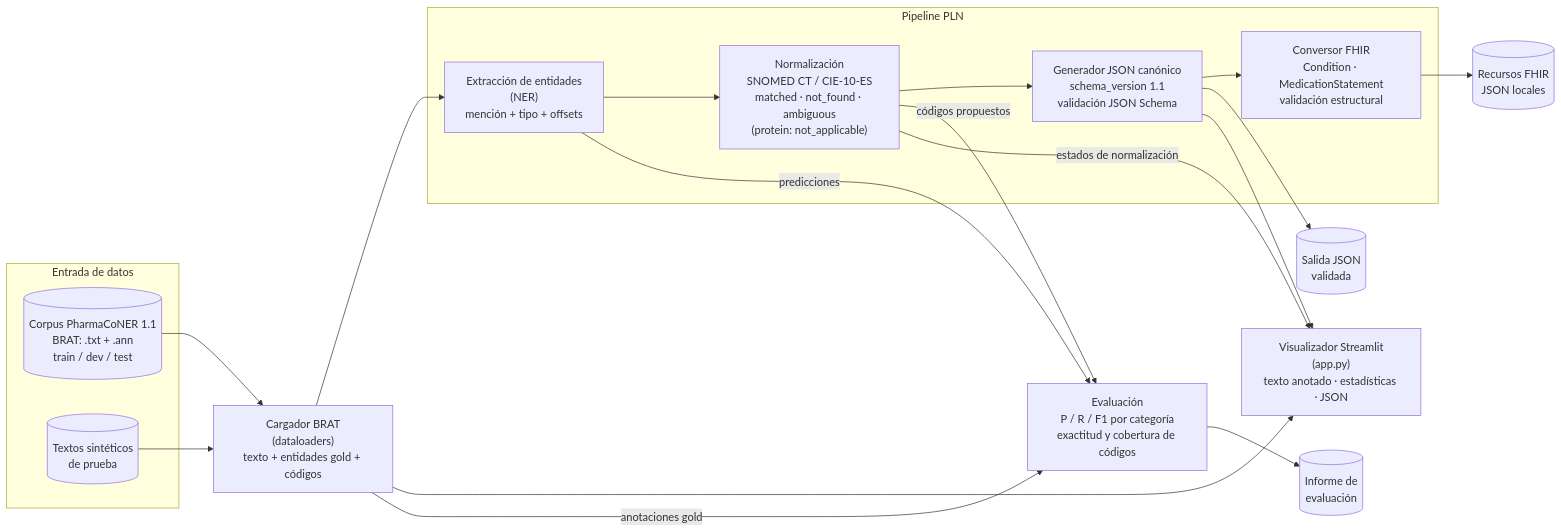
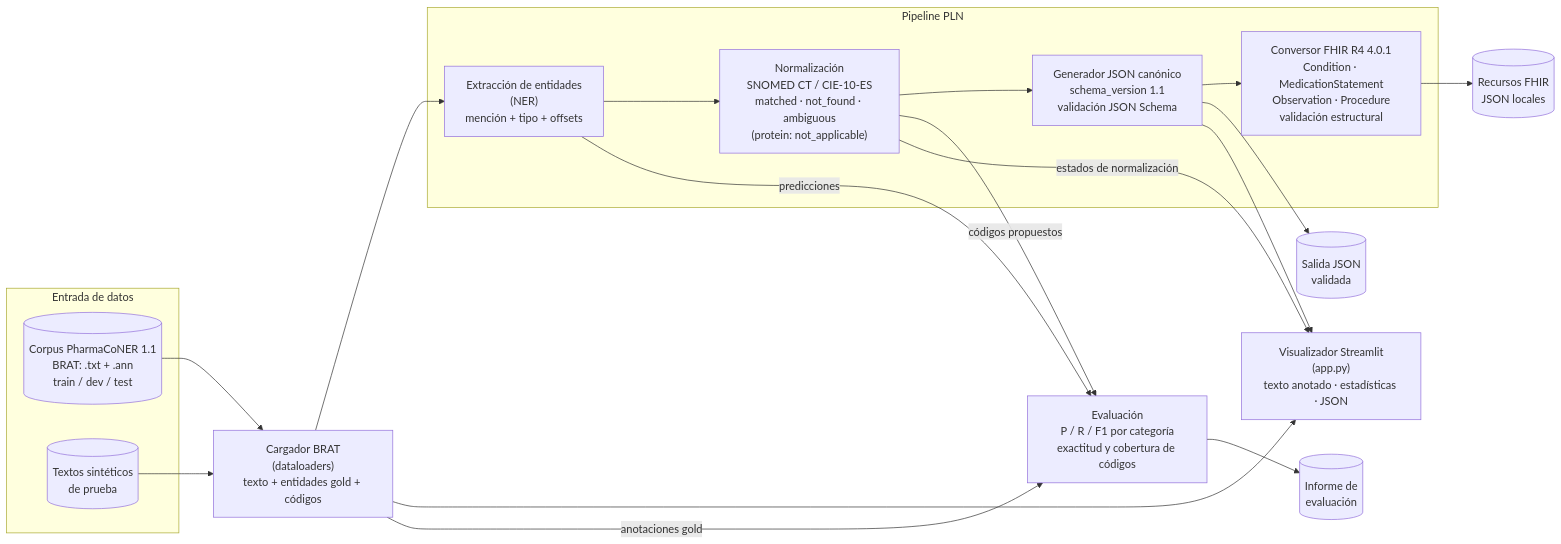
Before and after one commit to Lucas-ao35/PIIA-II: the diagram in ARCHITECTURE.md, drawn with Mermaid. The commit also changed other lines of this file and 7 other files, not shown here.

````diff
--- a/ARCHITECTURE.md
+++ b/ARCHITECTURE.md
@@ -20,39 +20,39 @@
 ```mermaid
 flowchart LR
     subgraph IN ["Entrada de datos"]
         CORPUS[("Corpus PharmaCoNER 1.1<br/>BRAT: .txt + .ann<br/>train / dev / test")]
         SINT[("Textos sintéticos<br/>de prueba")]
     end
 
     LOADER["Cargador BRAT<br/>(dataloaders)<br/>texto + entidades gold + códigos"]
 
     subgraph PIPE ["Pipeline PLN"]
         NER["Extracción de entidades<br/>(NER)<br/>mención + tipo + offsets"]
         NORM["Normalización<br/>SNOMED CT / CIE-10-ES<br/>matched · not_found · ambiguous<br/>(protein: not_applicable)"]
         JSONGEN["Generador JSON canónico<br/>schema_version 1.1<br/>validación JSON Schema"]
-        FHIRGEN["Conversor FHIR<br/>Condition · MedicationStatement<br/>validación estructural"]
+        FHIRGEN["Conversor FHIR R4 4.0.1<br/>Condition · MedicationStatement<br/>Observation · Procedure<br/>validación estructural"]
     end
 
     EVAL["Evaluación<br/>P / R / F1 por categoría<br/>exactitud y cobertura de códigos"]
     UI["Visualizador Streamlit<br/>(app.py)<br/>texto anotado · estadísticas · JSON"]
 
     OUTJ[("Salida JSON<br/>validada")]
     OUTF[("Recursos FHIR<br/>JSON locales")]
     OUTR[("Informe de<br/>evaluación")]
 
     CORPUS --> LOADER
     SINT --> LOADER
     LOADER --> NER
     LOADER --> UI
     NER --> NORM
     NORM --> JSONGEN
     JSONGEN --> FHIRGEN
     JSONGEN --> OUTJ
     FHIRGEN --> OUTF
     LOADER -- "anotaciones gold" --> EVAL
     NER -- "predicciones" --> EVAL
     NORM -- "códigos propuestos" --> EVAL
     NORM -- "estados de normalización" --> UI
     JSONGEN --> UI
     EVAL --> OUTR
 ```
````
